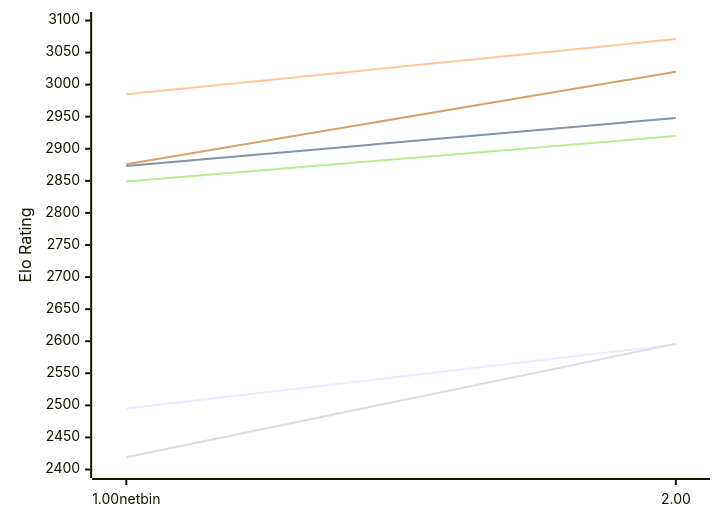
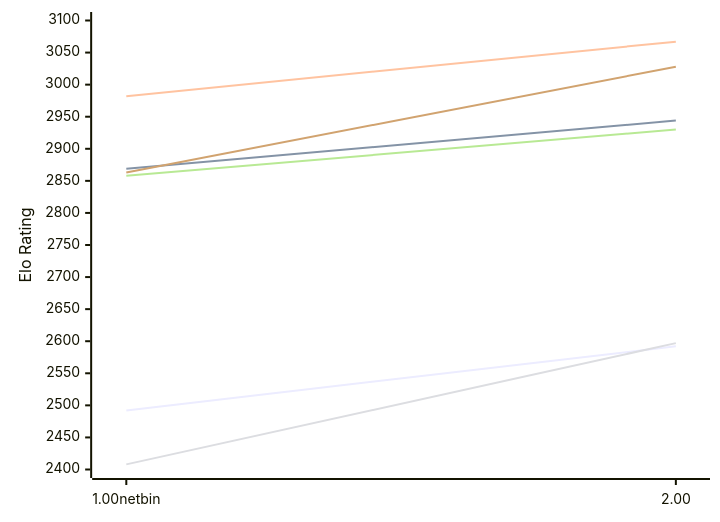
Before and after one commit to computer-chess-index/cci: the first of 2 diagrams in engines/Gilipol.md, drawn with Mermaid. The commit also changed other lines of this file, not shown here.

Commit message:
Update CCI Ratings (ELO VLTC) - 2026-11-21

````diff
--- a/engines/Gilipol.md
+++ b/engines/Gilipol.md
@@ -51,12 +51,12 @@
 ```mermaid
 %%{init: {"theme":"base","themeVariables":{"seriesColors:['#a3a3a3','#222221','#faa371']}}}%%
 xychart-beta
   x-axis ["1.00netbin", "2.00"]
   y-axis "Elo Rating" 2400 --> 3100
-  line "E1: STC (8.0+0.08s)" [2495, 2595]
-  line "E1: LTC (60.0+0.60s)" [2873, 2948]
-  line "E1: VLTC (2m24s+1.12s)" [2985, 3071]
-  line "P1: STC (8.0+0.08s)" [2419, 2596]
-  line "P1: LTC (60.0+0.60s)" [2849, 2920]
-  line "P1: VLTC (2m24s+1.12s)" [2876, 3020]
+  line "E1: STC (8.0+0.08s)" [2492, 2592]
+  line "E1: LTC (60.0+0.60s)" [2869, 2944]
+  line "E1: VLTC (2m24s+1.12s)" [2982, 3067]
+  line "P1: STC (8.0+0.08s)" [2408, 2597]
+  line "P1: LTC (60.0+0.60s)" [2858, 2930]
+  line "P1: VLTC (2m24s+1.12s)" [2863, 3028]
 ```
````
